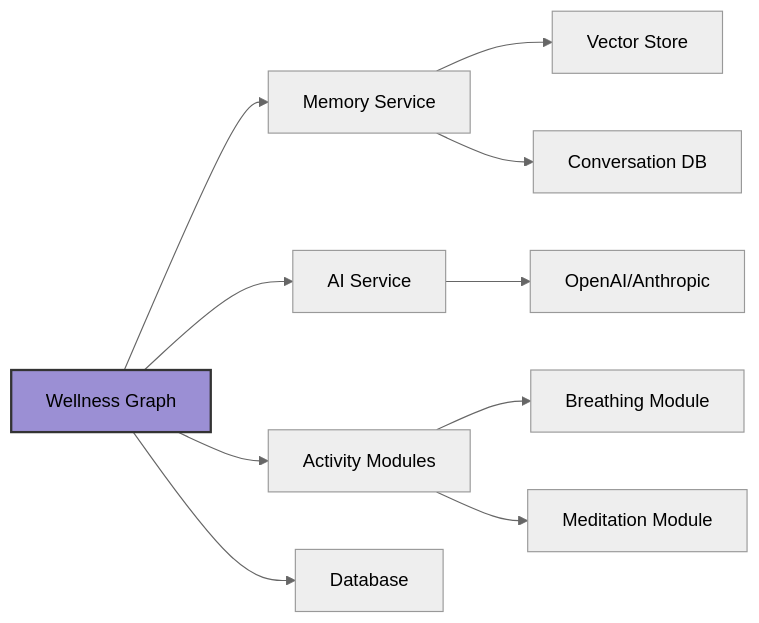
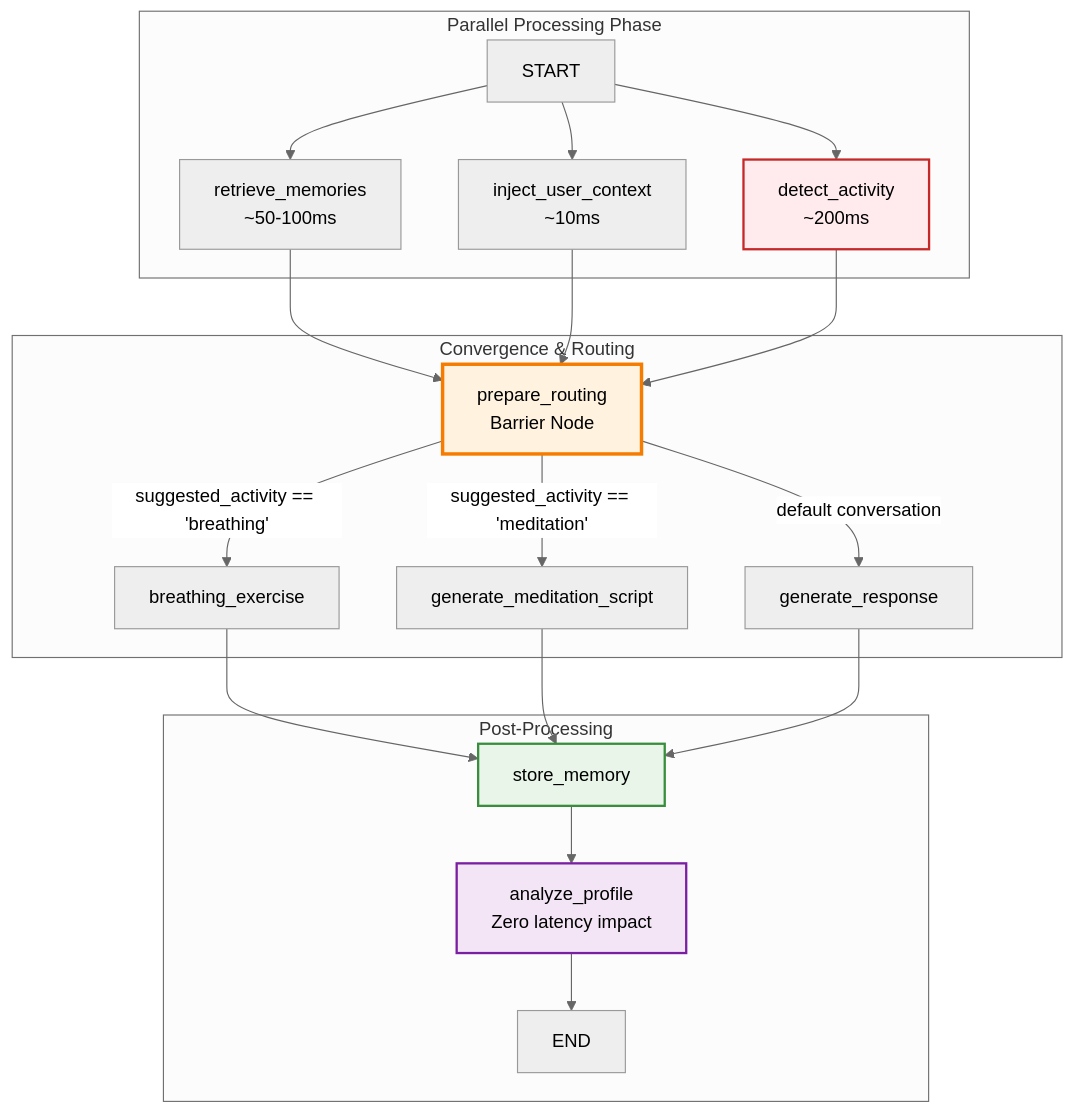
One commit to tweezerchef/Wbot changed the second of 4 diagrams in docs/architecture/data-flow.md. Above: the diagram before and after it, drawn with Mermaid (neutral theme). The commit also changed other lines of this file and 7 other files, not shown here.

First line of the commit message:
docs: comprehensive update of project roadmap and technical documentation

````diff
--- a/docs/architecture/data-flow.md
+++ b/docs/architecture/data-flow.md
@@ -213,15 +73,32 @@
 ```mermaid
-graph LR
-    A[Wellness Graph] --> B[Memory Service]
-    A --> C[AI Service]
-    A --> D[Activity Modules]
-    A --> E[Database]
+graph TD
+    subgraph "Parallel Processing Phase"
+        START --> A[retrieve_memories<br/>~50-100ms]
+        START --> B[inject_user_context<br/>~10ms]
+        START --> C[detect_activity<br/>~200ms]
+    end
 
-    B --> F[Vector Store]
-    B --> G[Conversation DB]
-    C --> H[OpenAI/Anthropic]
-    D --> I[Breathing Module]
-    D --> J[Meditation Module]
+    subgraph "Convergence & Routing"
+        A --> D[prepare_routing<br/>Barrier Node]
+        B --> D
+        C --> D
 
-    style A fill:#9b8fd4,stroke:#333,stroke-width:2px
+        D -->|"suggested_activity == 'breathing'"| E[breathing_exercise]
+        D -->|"suggested_activity == 'meditation'"| F[generate_meditation_script]
+        D -->|"default conversation"| G[generate_response]
+    end
+
+    subgraph "Post-Processing"
+        E --> H[store_memory]
+        F --> H
+        G --> H
+
+        H --> I[analyze_profile<br/>Zero latency impact]
+        I --> END
+    end
+
+    style D fill:#fff3e0,stroke:#f57c00,stroke-width:3px
+    style C fill:#ffebee,stroke:#c62828,stroke-width:2px
+    style H fill:#e8f5e8,stroke:#388e3c,stroke-width:2px
+    style I fill:#f3e5f5,stroke:#7b1fa2,stroke-width:2px
 ```
````
